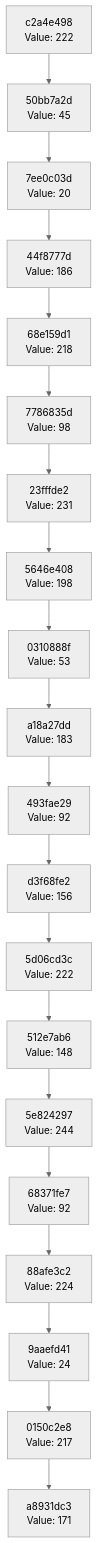
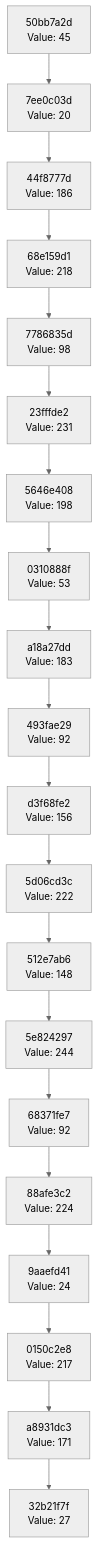
The diagram in docs/CHAIN_VISUALIZATION.md (Abhisheksinha1506/hash-chain-evolver), drawn with Mermaid (neutral theme) before and after one commit. The commit also changed 1 other file, not shown here.

Commit message:
Evolution step: hash 0x1B → action executed

````diff
--- a/docs/CHAIN_VISUALIZATION.md
+++ b/docs/CHAIN_VISUALIZATION.md
@@ -3,42 +3,42 @@
 ```mermaid
 graph TD
-    C0["a8931dc3<br/>Value: 171"]
-    C1["0150c2e8<br/>Value: 217"]
+    C0["32b21f7f<br/>Value: 27"]
+    C1["a8931dc3<br/>Value: 171"]
     C1 --> C0
-    C2["9aaefd41<br/>Value: 24"]
+    C2["0150c2e8<br/>Value: 217"]
     C2 --> C1
-    C3["88afe3c2<br/>Value: 224"]
+    C3["9aaefd41<br/>Value: 24"]
     C3 --> C2
-    C4["68371fe7<br/>Value: 92"]
+    C4["88afe3c2<br/>Value: 224"]
     C4 --> C3
-    C5["5e824297<br/>Value: 244"]
+    C5["68371fe7<br/>Value: 92"]
     C5 --> C4
-    C6["512e7ab6<br/>Value: 148"]
+    C6["5e824297<br/>Value: 244"]
     C6 --> C5
-    C7["5d06cd3c<br/>Value: 222"]
+    C7["512e7ab6<br/>Value: 148"]
     C7 --> C6
-    C8["d3f68fe2<br/>Value: 156"]
+    C8["5d06cd3c<br/>Value: 222"]
     C8 --> C7
-    C9["493fae29<br/>Value: 92"]
+    C9["d3f68fe2<br/>Value: 156"]
     C9 --> C8
-    C10["a18a27dd<br/>Value: 183"]
+    C10["493fae29<br/>Value: 92"]
     C10 --> C9
-    C11["0310888f<br/>Value: 53"]
+    C11["a18a27dd<br/>Value: 183"]
     C11 --> C10
-    C12["5646e408<br/>Value: 198"]
+    C12["0310888f<br/>Value: 53"]
     C12 --> C11
-    C13["23fffde2<br/>Value: 231"]
+    C13["5646e408<br/>Value: 198"]
     C13 --> C12
-    C14["7786835d<br/>Value: 98"]
+    C14["23fffde2<br/>Value: 231"]
     C14 --> C13
-    C15["68e159d1<br/>Value: 218"]
+    C15["7786835d<br/>Value: 98"]
     C15 --> C14
-    C16["44f8777d<br/>Value: 186"]
+    C16["68e159d1<br/>Value: 218"]
     C16 --> C15
-    C17["7ee0c03d<br/>Value: 20"]
+    C17["44f8777d<br/>Value: 186"]
     C17 --> C16
-    C18["50bb7a2d<br/>Value: 45"]
+    C18["7ee0c03d<br/>Value: 20"]
     C18 --> C17
-    C19["c2a4e498<br/>Value: 222"]
+    C19["50bb7a2d<br/>Value: 45"]
     C19 --> C18
 ```
````
